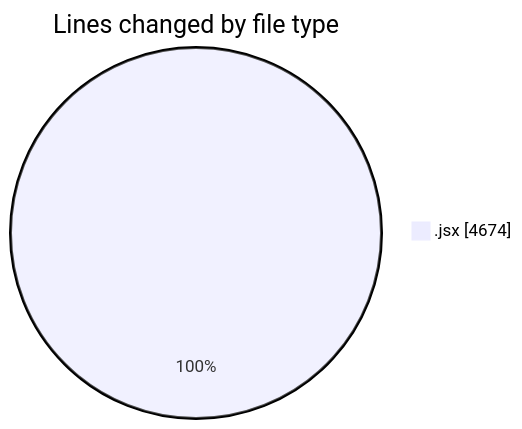
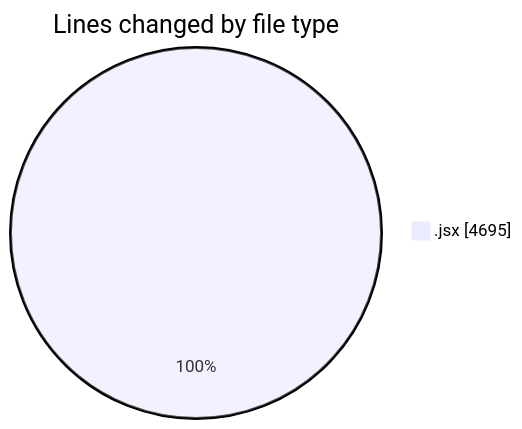
One commit to nxtqubesakshisongat/code-tracking changed the first of 2 diagrams in 2025-10-14/nxtqube_webapp/README.md. Above: the diagram before and after it, drawn with Mermaid. The commit also changed other lines of this file and 1 other file, not shown here.

````diff
--- a/2025-10-14/nxtqube_webapp/README.md
+++ b/2025-10-14/nxtqube_webapp/README.md
@@ -21,5 +21,5 @@
 ```mermaid
 pie showData
 title Lines changed by file type
-".jsx" : 4674
+".jsx" : 4695
 ```
````
